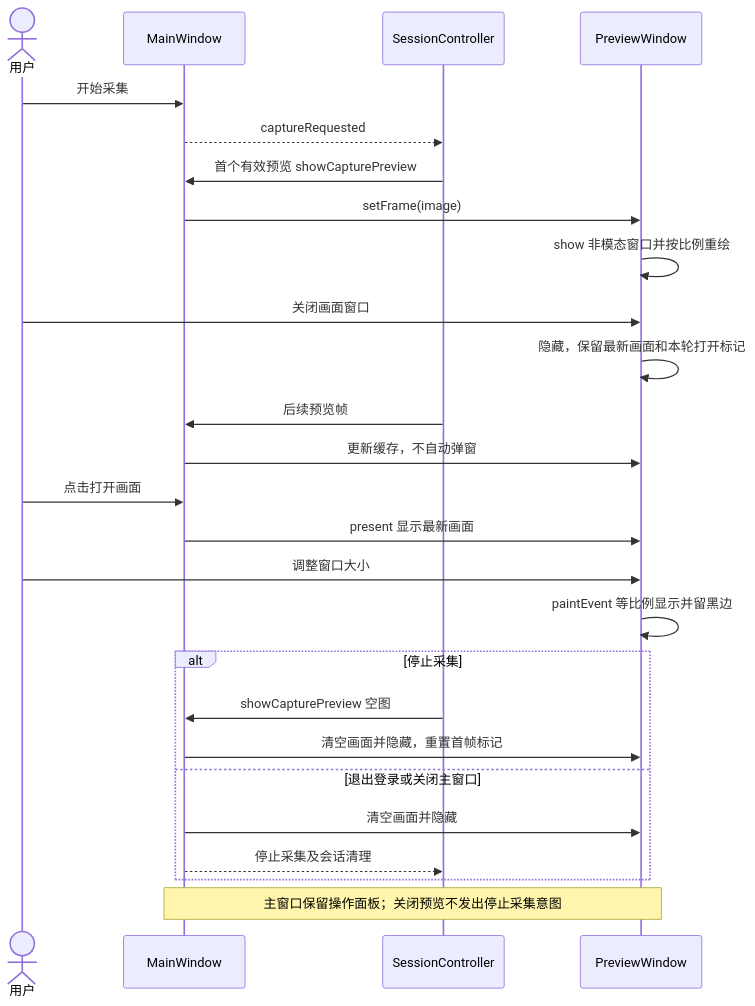
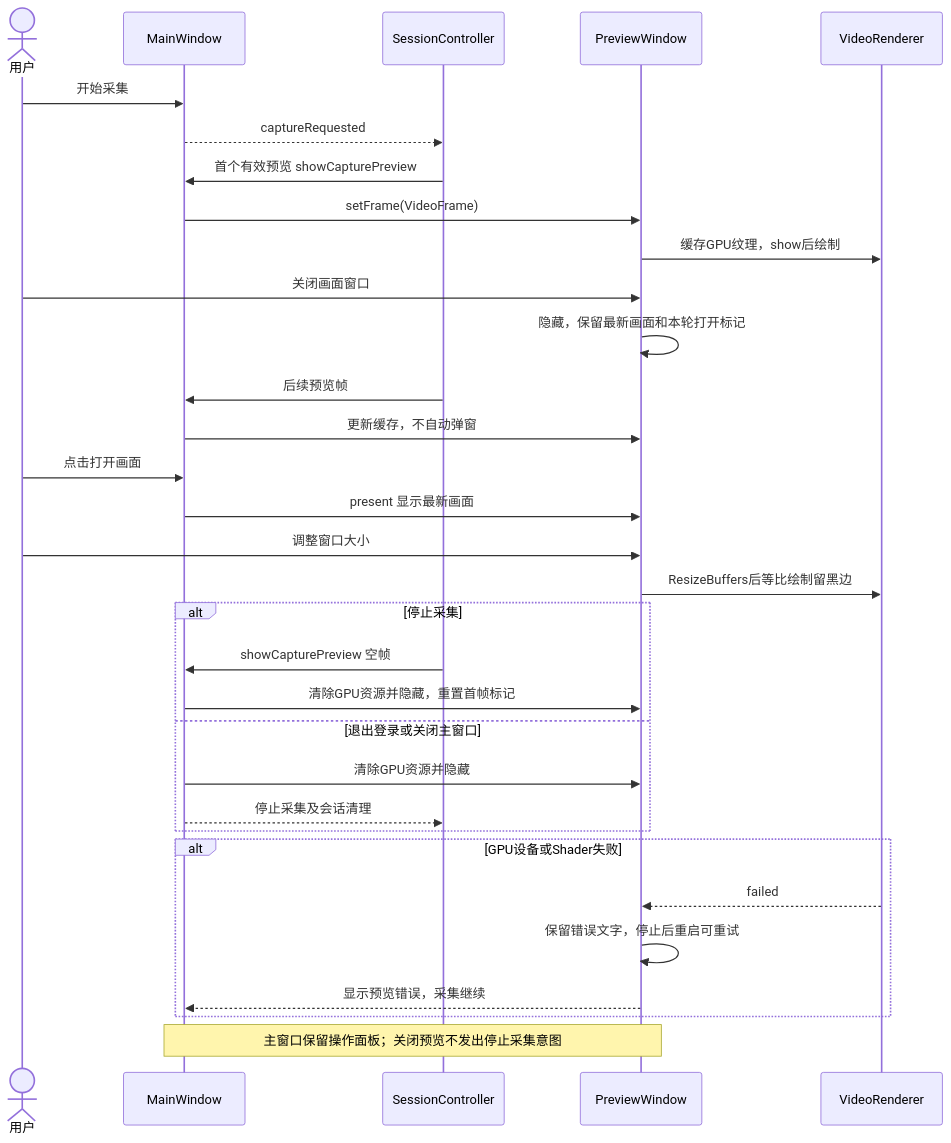
One commit to kingsman-svg/OBS changed the diagram in docs/uml/preview-window.mmd. Above: the diagram before and after it, drawn with Mermaid. The commit also changed 59 other files, not shown here.

```diff
--- a/docs/uml/preview-window.mmd
+++ b/docs/uml/preview-window.mmd
@@ -1,26 +1,32 @@
 sequenceDiagram
 actor U as 用户
 participant V as MainWindow
 participant C as SessionController
 participant P as PreviewWindow
+participant R as VideoRenderer
 U->>V: 开始采集
 V-->>C: captureRequested
 C->>V: 首个有效预览 showCapturePreview
-V->>P: setFrame(image)
-P->>P: show 非模态窗口并按比例重绘
+V->>P: setFrame(VideoFrame)
+P->>R: 缓存GPU纹理，show后绘制
 U->>P: 关闭画面窗口
 P->>P: 隐藏，保留最新画面和本轮打开标记
 C->>V: 后续预览帧
 V->>P: 更新缓存，不自动弹窗
 U->>V: 点击打开画面
 V->>P: present 显示最新画面
 U->>P: 调整窗口大小
-P->>P: paintEvent 等比例显示并留黑边
+P->>R: ResizeBuffers后等比绘制留黑边
 alt 停止采集
-C->>V: showCapturePreview 空图
-V->>P: 清空画面并隐藏，重置首帧标记
+C->>V: showCapturePreview 空帧
+V->>P: 清除GPU资源并隐藏，重置首帧标记
 else 退出登录或关闭主窗口
-V->>P: 清空画面并隐藏
+V->>P: 清除GPU资源并隐藏
 V-->>C: 停止采集及会话清理
 end
+alt GPU设备或Shader失败
+R-->>P: failed
+P->>P: 保留错误文字，停止后重启可重试
+P-->>V: 显示预览错误，采集继续
+end
 Note over V,P: 主窗口保留操作面板；关闭预览不发出停止采集意图
```
